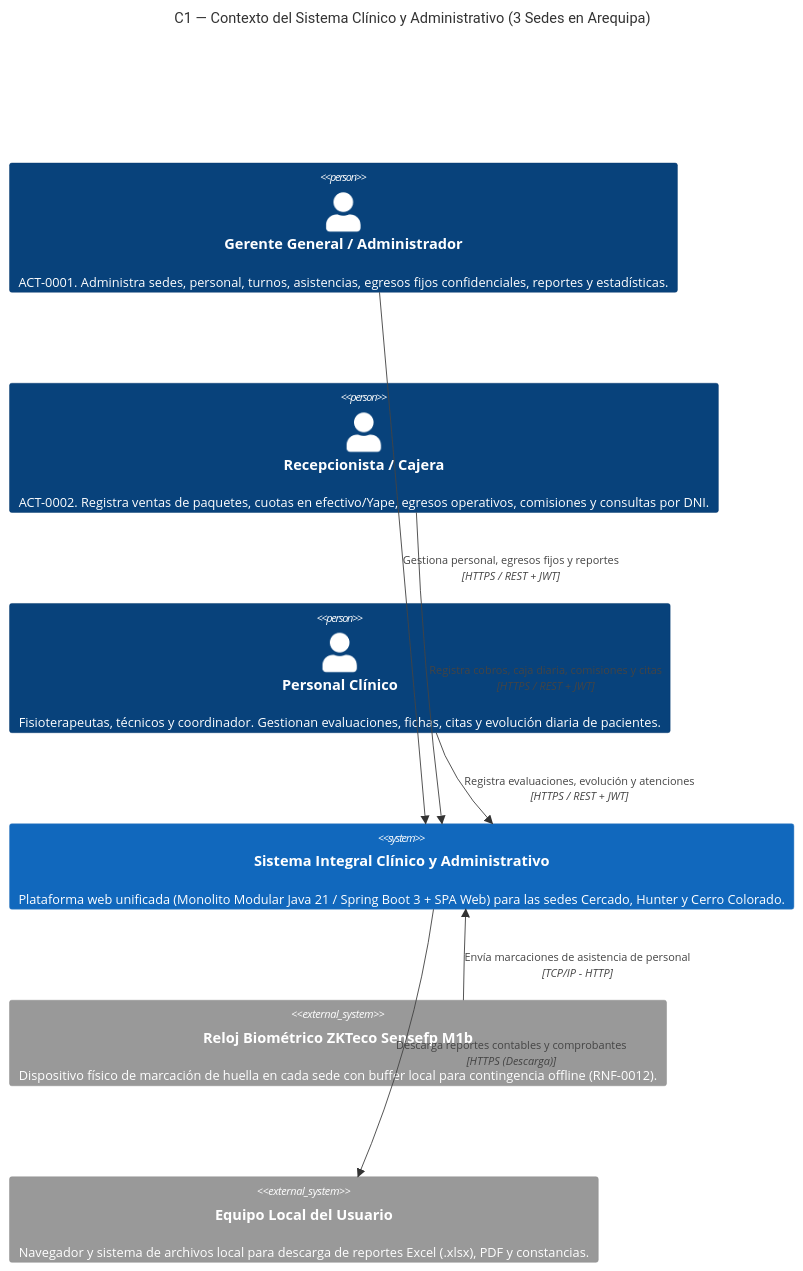
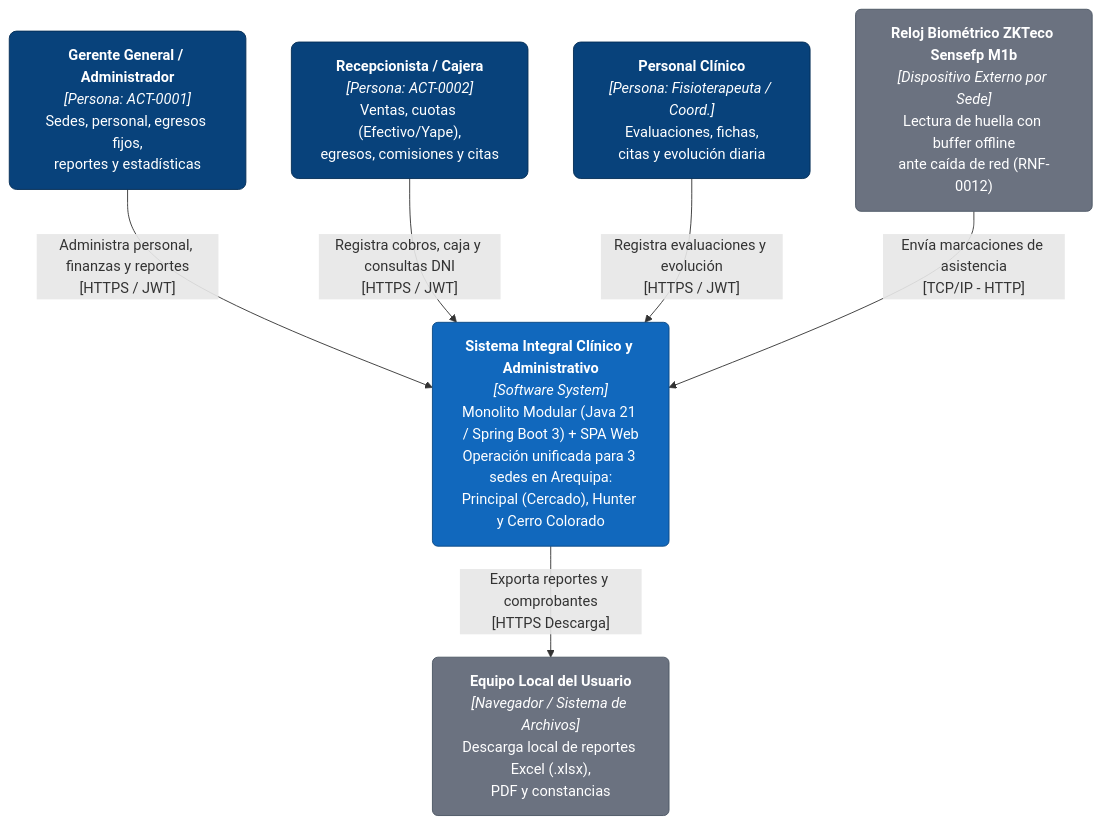
Before and after one commit to KODA-pe/architecture-docs: the diagram in infraestructure/c4-c1-contexto.md, drawn with Mermaid. The commit also changed other lines of this file and 3 other files, not shown here.

````diff
--- a/infraestructure/c4-c1-contexto.md
+++ b/infraestructure/c4-c1-contexto.md
@@ -5,21 +5,21 @@
 ```mermaid
-C4Context
-    title C1 — Contexto del Sistema Clínico y Administrativo (3 Sedes en Arequipa)
+flowchart TB
+    classDef person fill:#08427B,stroke:#052E56,color:#FFFFFF,rx:8,ry:8
+    classDef system fill:#1168BD,stroke:#0B4884,color:#FFFFFF,rx:6,ry:6
+    classDef external fill:#6B7280,stroke:#4B5563,color:#FFFFFF,rx:6,ry:6
 
-    Person(gerente, "Gerente General / Administrador", "ACT-0001. Administra sedes, personal, turnos, asistencias, egresos fijos confidenciales, reportes y estadísticas.")
-    Person(cajera, "Recepcionista / Cajera", "ACT-0002. Registra ventas de paquetes, cuotas en efectivo/Yape, egresos operativos, comisiones y consultas por DNI.")
-    Person(clinico, "Personal Clínico", "Fisioterapeutas, técnicos y coordinador. Gestionan evaluaciones, fichas, citas y evolución diaria de pacientes.")
+    Gerente["<b>Gerente General / Administrador</b><br/><i>[Persona: ACT-0001]</i><br/>Sedes, personal, egresos fijos,<br/>reportes y estadísticas"]:::person
+    Cajera["<b>Recepcionista / Cajera</b><br/><i>[Persona: ACT-0002]</i><br/>Ventas, cuotas (Efectivo/Yape),<br/>egresos, comisiones y citas"]:::person
+    Clinico["<b>Personal Clínico</b><br/><i>[Persona: Fisioterapeuta / Coord.]</i><br/>Evaluaciones, fichas,<br/>citas y evolución diaria"]:::person
 
-    System(sistema, "Sistema Integral Clínico y Administrativo", "Plataforma web unificada (Monolito Modular Java 21 / Spring Boot 3 + SPA Web) para las sedes Cercado, Hunter y Cerro Colorado.")
+    Sistema["<b>Sistema Integral Clínico y Administrativo</b><br/><i>[Software System]</i><br/>Monolito Modular (Java 21 / Spring Boot 3) + SPA Web<br/>Operación unificada para 3 sedes en Arequipa:<br/>Principal (Cercado), Hunter y Cerro Colorado"]:::system
 
-    System_Ext(biometrico, "Reloj Biométrico ZKTeco Sensefp M1b", "Dispositivo físico de marcación de huella en cada sede con buffer local para contingencia offline (RNF-0012).")
-    System_Ext(archivos, "Equipo Local del Usuario", "Navegador y sistema de archivos local para descarga de reportes Excel (.xlsx), PDF y constancias.")
+    Biometrico["<b>Reloj Biométrico ZKTeco Sensefp M1b</b><br/><i>[Dispositivo Externo por Sede]</i><br/>Lectura de huella con buffer offline<br/>ante caída de red (RNF-0012)"]:::external
+    Archivos["<b>Equipo Local del Usuario</b><br/><i>[Navegador / Sistema de Archivos]</i><br/>Descarga local de reportes Excel (.xlsx),<br/>PDF y constancias"]:::external
 
-    Rel(gerente, sistema, "Gestiona personal, egresos fijos y reportes", "HTTPS / REST + JWT")
-    Rel(cajera, sistema, "Registra cobros, caja diaria, comisiones y citas", "HTTPS / REST + JWT")
-    Rel(clinico, sistema, "Registra evaluaciones, evolución y atenciones", "HTTPS / REST + JWT")
-    Rel(biometrico, sistema, "Envía marcaciones de asistencia de personal", "TCP/IP - HTTP")
-    Rel(sistema, archivos, "Descarga reportes contables y comprobantes", "HTTPS (Descarga)")
-
-    UpdateLayoutConfig($c4ShapeInRow="3", $c4BoundaryInRow="1")
+    Gerente -->|"Administra personal, finanzas y reportes<br/>[HTTPS / JWT]"| Sistema
+    Cajera -->|"Registra cobros, caja y consultas DNI<br/>[HTTPS / JWT]"| Sistema
+    Clinico -->|"Registra evaluaciones y evolución<br/>[HTTPS / JWT]"| Sistema
+    Biometrico -->|"Envía marcaciones de asistencia<br/>[TCP/IP - HTTP]"| Sistema
+    Sistema -->|"Exporta reportes y comprobantes<br/>[HTTPS Descarga]"| Archivos
 ```
````
